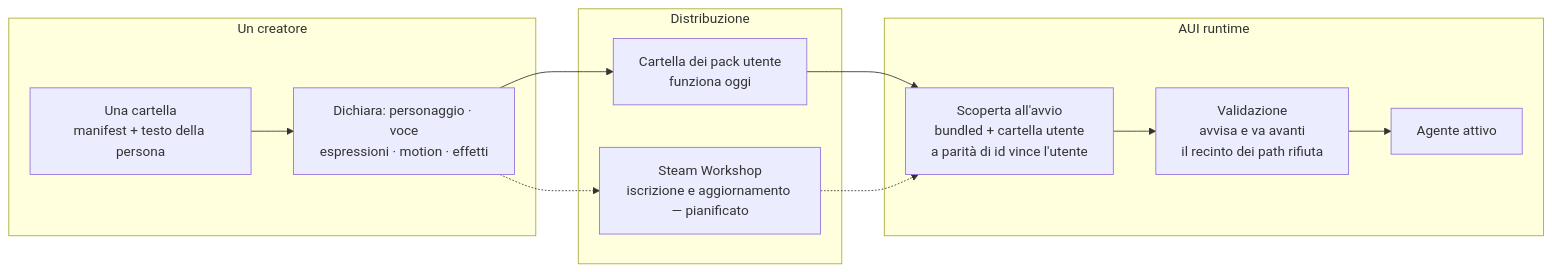
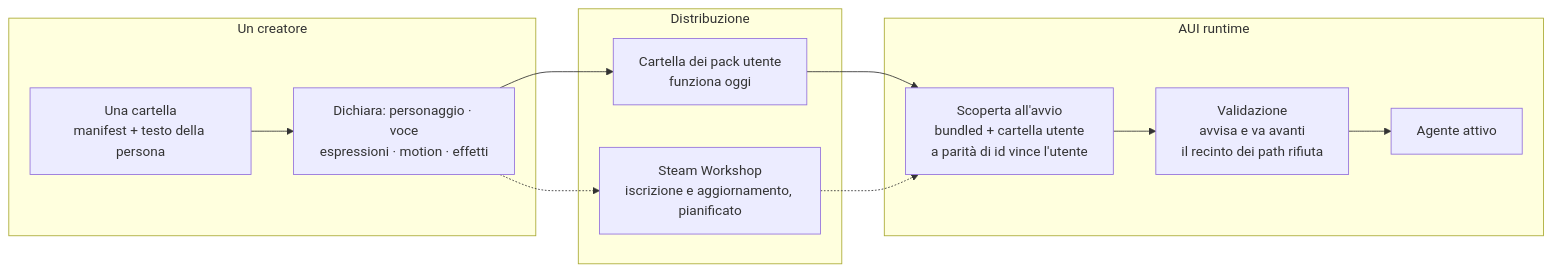
The fourth of 4 diagrams in README.it.md (TheMackerel/Agentic-User-Interface-Engine-AUI-), drawn with Mermaid before and after one commit. The commit also changed other lines of this file and 2 other files, not shown here.

````diff
--- a/README.it.md
+++ b/README.it.md
@@ -170,26 +170,26 @@
 ```mermaid
 flowchart LR
     subgraph creator["Un creatore"]
         MAN["Una cartella<br/>manifest + testo della persona"]
         DECL["Dichiara: personaggio · voce<br/>espressioni · motion · effetti"]
     end
 
     subgraph dist["Distribuzione"]
         DIR["Cartella dei pack utente<br/>funziona oggi"]
-        WS["Steam Workshop<br/>iscrizione e aggiornamento — pianificato"]
+        WS["Steam Workshop<br/>iscrizione e aggiornamento, pianificato"]
     end
 
     subgraph engine["AUI runtime"]
         DISC["Scoperta all'avvio<br/>bundled + cartella utente<br/>a parità di id vince l'utente"]
         VAL["Validazione<br/>avvisa e va avanti<br/>il recinto dei path rifiuta"]
         RUN["Agente attivo"]
     end
 
     MAN --> DECL
     DECL --> DIR
     DECL -.-> WS
     DIR --> DISC
     WS -.-> DISC
     DISC --> VAL
     VAL --> RUN
 ```
````
